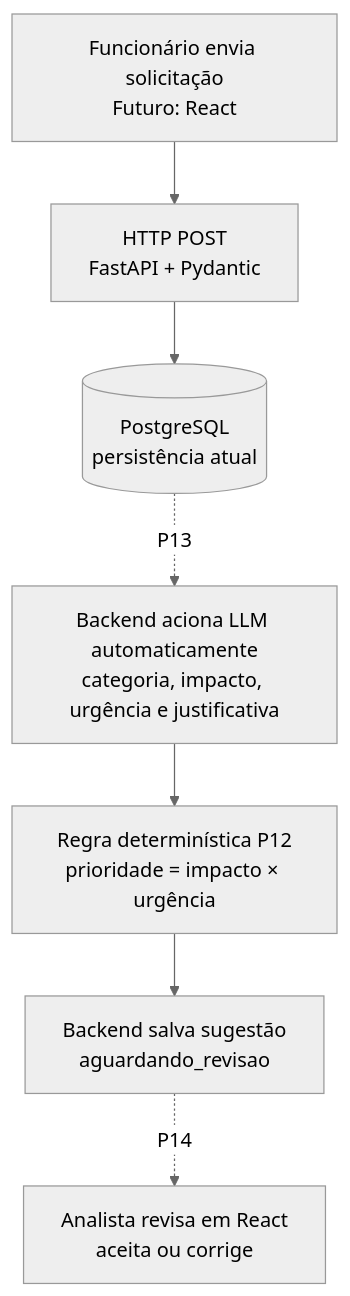
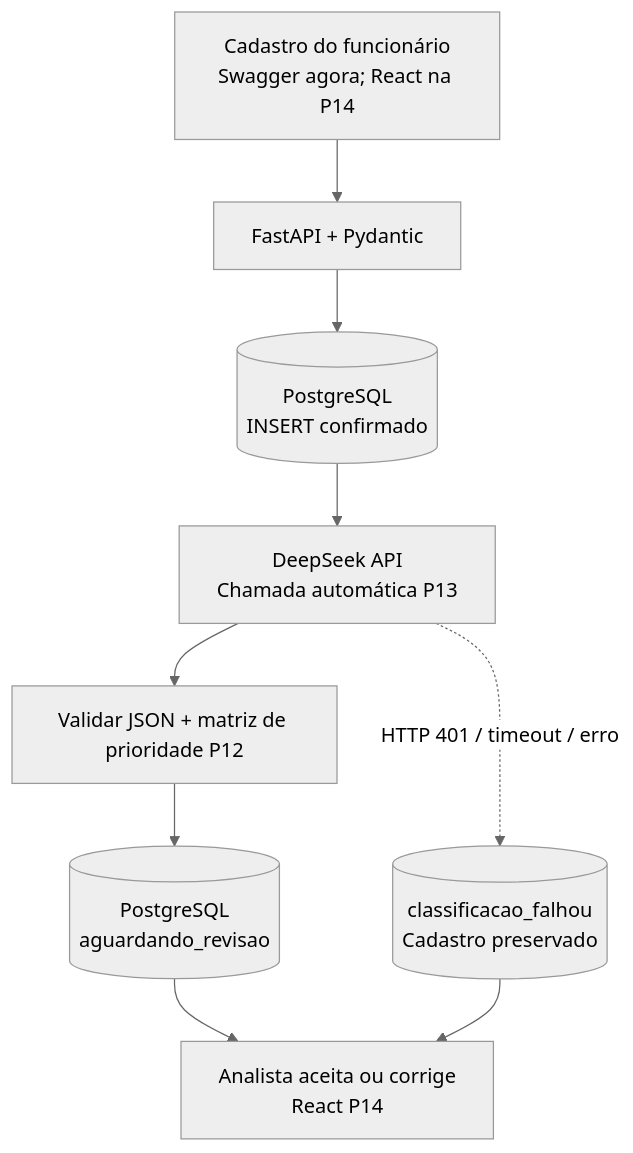
One commit to waldirevora/ai-request-classifier changed the diagram in docs/PLANO_DE_ESTUDOS_E_DICAS.md. Above: the diagram before and after it, drawn with Mermaid (neutral theme). The commit also changed other lines of this file and 9 other files, not shown here.

````diff
--- a/docs/PLANO_DE_ESTUDOS_E_DICAS.md
+++ b/docs/PLANO_DE_ESTUDOS_E_DICAS.md
@@ -14,9 +13,11 @@
 ```mermaid
 flowchart TD
-    A["Funcionário envia solicitação<br/>Futuro: React"] --> B["HTTP POST<br/>FastAPI + Pydantic"]
-    B --> C[("PostgreSQL<br/>persistência atual")]
-    C -. "P13" .-> D["Backend aciona LLM automaticamente<br/>categoria, impacto, urgência e justificativa"]
-    D --> E["Regra determinística P12<br/>prioridade = impacto × urgência"]
-    E --> F["Backend salva sugestão<br/>aguardando_revisao"]
-    F -. "P14" .-> G["Analista revisa em React<br/>aceita ou corrige"]
+    A["Cadastro do funcionário<br/>Swagger agora; React na P14"] --> B["FastAPI + Pydantic"]
+    B --> C[("PostgreSQL<br/>INSERT confirmado")]
+    C --> D["DeepSeek API<br/>Chamada automática P13"]
+    D --> E["Validar JSON + matriz de prioridade P12"]
+    E --> F[("PostgreSQL<br/>aguardando_revisao")]
+    D -. "HTTP 401 / timeout / erro" .-> G[("classificacao_falhou<br/>Cadastro preservado")]
+    F --> H["Analista aceita ou corrige<br/>React P14"]
+    G --> H
 ```
````
